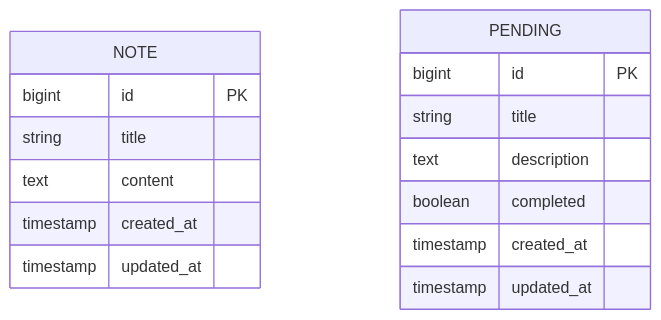
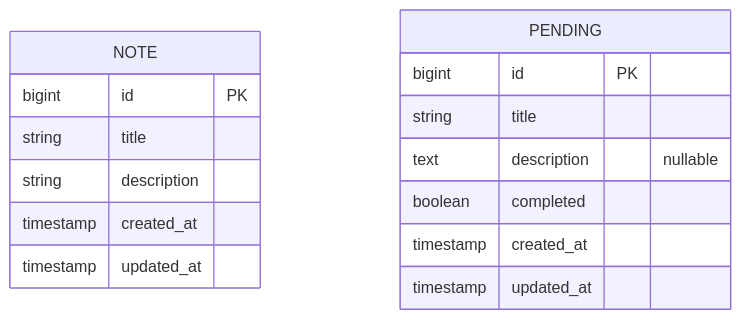
Before and after one commit to Matydesousa/notas-pendientes: the second of 2 diagrams in README.md, drawn with Mermaid. The commit also changed other lines of this file, not shown here.

````diff
--- a/README.md
+++ b/README.md
@@ -55,19 +55,19 @@
 ```mermaid
 erDiagram
     NOTE {
         bigint id PK
         string title
-        text content
+        string description
         timestamp created_at
         timestamp updated_at
     }
 
     PENDING {
         bigint id PK
         string title
-        text description
+        text description "nullable"
         boolean completed
         timestamp created_at
         timestamp updated_at
     }
 ```
````
